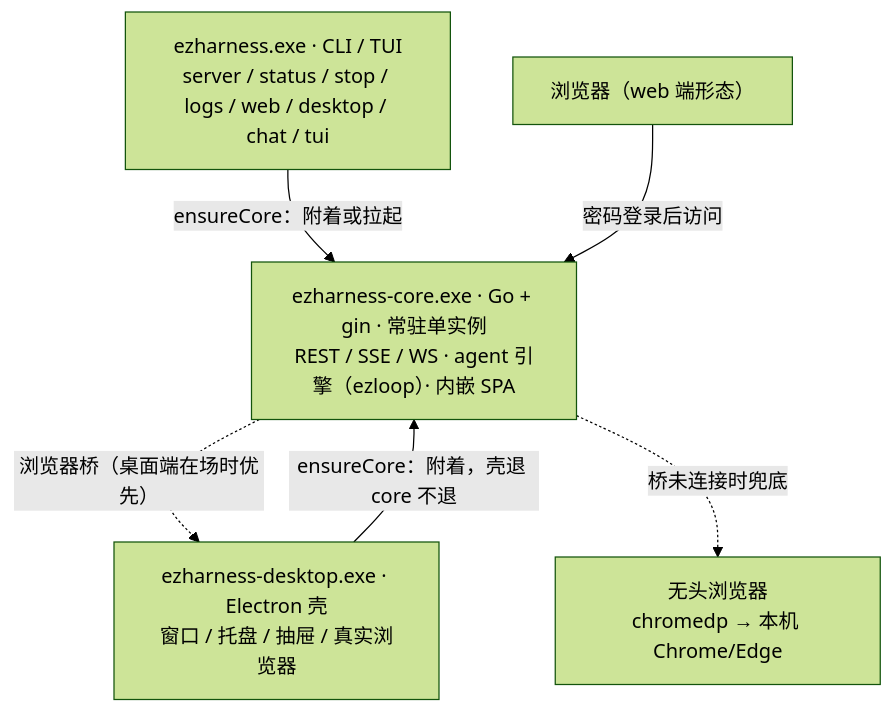
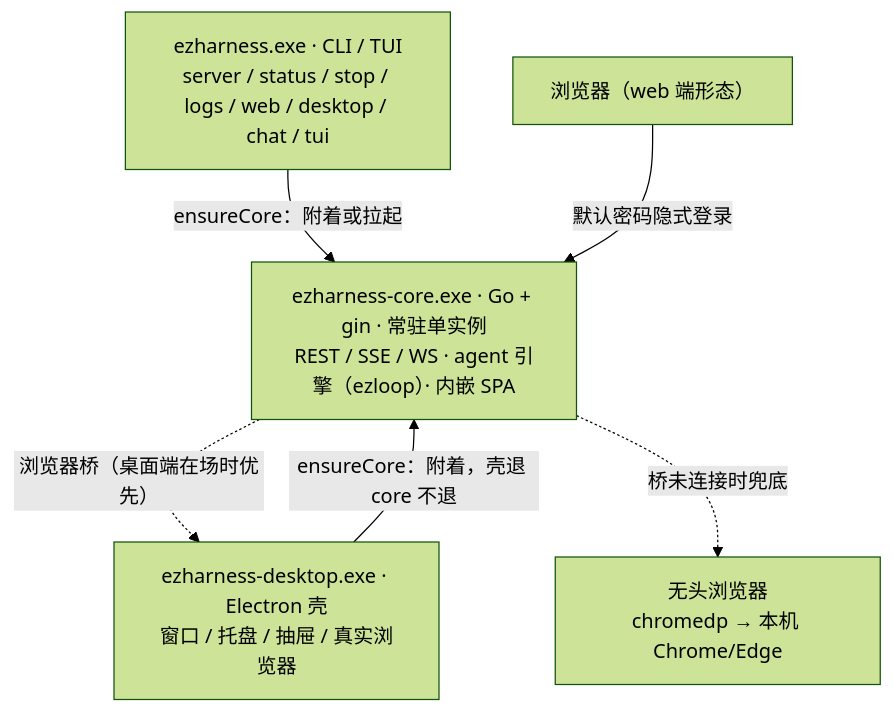
Before and after one commit to xuanlv2002/ezharness: the diagram in README.md, drawn with Mermaid (forest theme). The commit also changed other lines of this file and 24 other files, not shown here.

````diff
--- a/README.md
+++ b/README.md
@@ -92,13 +92,13 @@
 ```mermaid
 flowchart TB
     CLI["ezharness.exe · CLI / TUI<br/>server / status / stop / logs / web / desktop / chat / tui"]
     DESK["ezharness-desktop.exe · Electron 壳<br/>窗口 / 托盘 / 抽屉 / 真实浏览器"]
     WEB["浏览器（web 端形态）"]
     CORE["ezharness-core.exe · Go + gin · 常驻单实例<br/>REST / SSE / WS · agent 引擎（ezloop）· 内嵌 SPA"]
     HE["无头浏览器<br/>chromedp → 本机 Chrome/Edge"]
     CLI -- "ensureCore：附着或拉起" --> CORE
     DESK -- "ensureCore：附着，壳退 core 不退" --> CORE
-    WEB -- "密码登录后访问" --> CORE
+    WEB -- "默认密码隐式登录" --> CORE
     CORE -. "浏览器桥（桌面端在场时优先）" .-> DESK
     CORE -. "桥未连接时兜底" .-> HE
 ```
````
